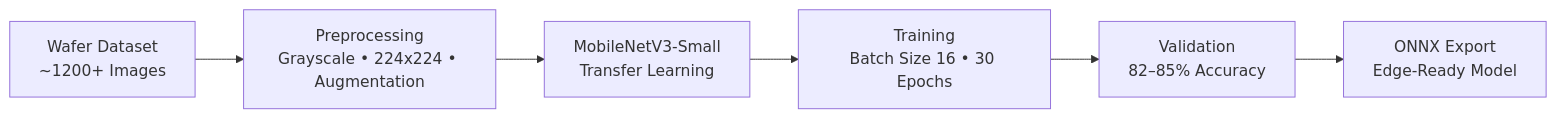
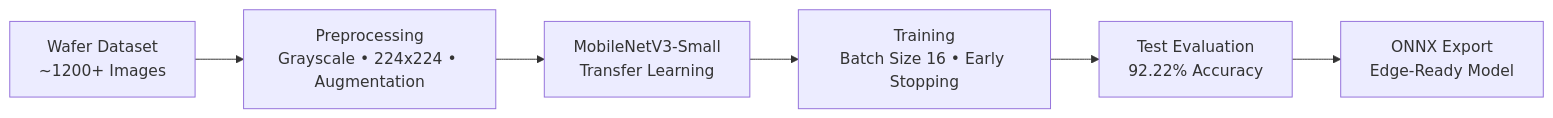
One commit to PRIY4DH4RS4N-D/WaferWise-Edge-Wafer-Defect-Classification changed the second of 2 diagrams in Readme.md. Above: the diagram before and after it, drawn with Mermaid. The commit also changed other lines of this file, not shown here.

````diff
--- a/Readme.md
+++ b/Readme.md
@@ -153,8 +171,8 @@
 ```mermaid
 flowchart LR
     A[Wafer Dataset<br/>~1200+ Images] --> B[Preprocessing<br/>Grayscale • 224x224 • Augmentation]
     B --> C[MobileNetV3-Small<br/>Transfer Learning]
-    C --> D[Training<br/>Batch Size 16 • 30 Epochs]
-    D --> E[Validation<br/>82–85% Accuracy]
+    C --> D[Training<br/>Batch Size 16 • Early Stopping]
+    D --> E[Test Evaluation<br/>92.22% Accuracy]
     E --> F[ONNX Export<br/>Edge-Ready Model]
 ```
````
